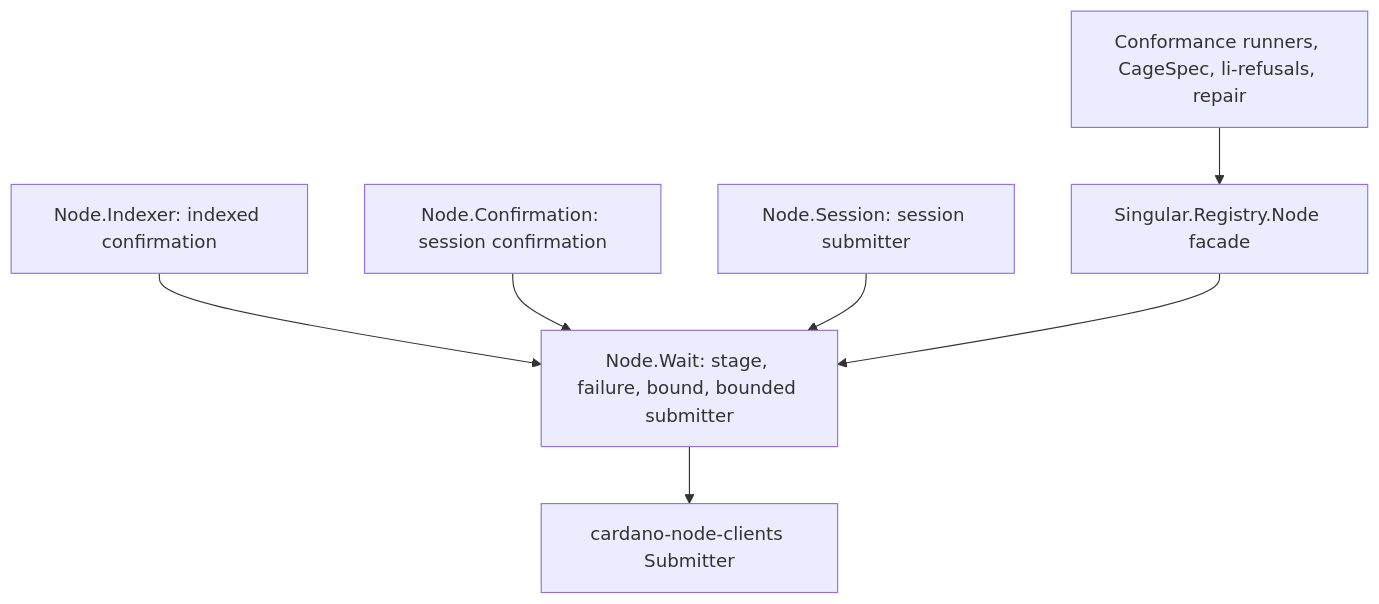
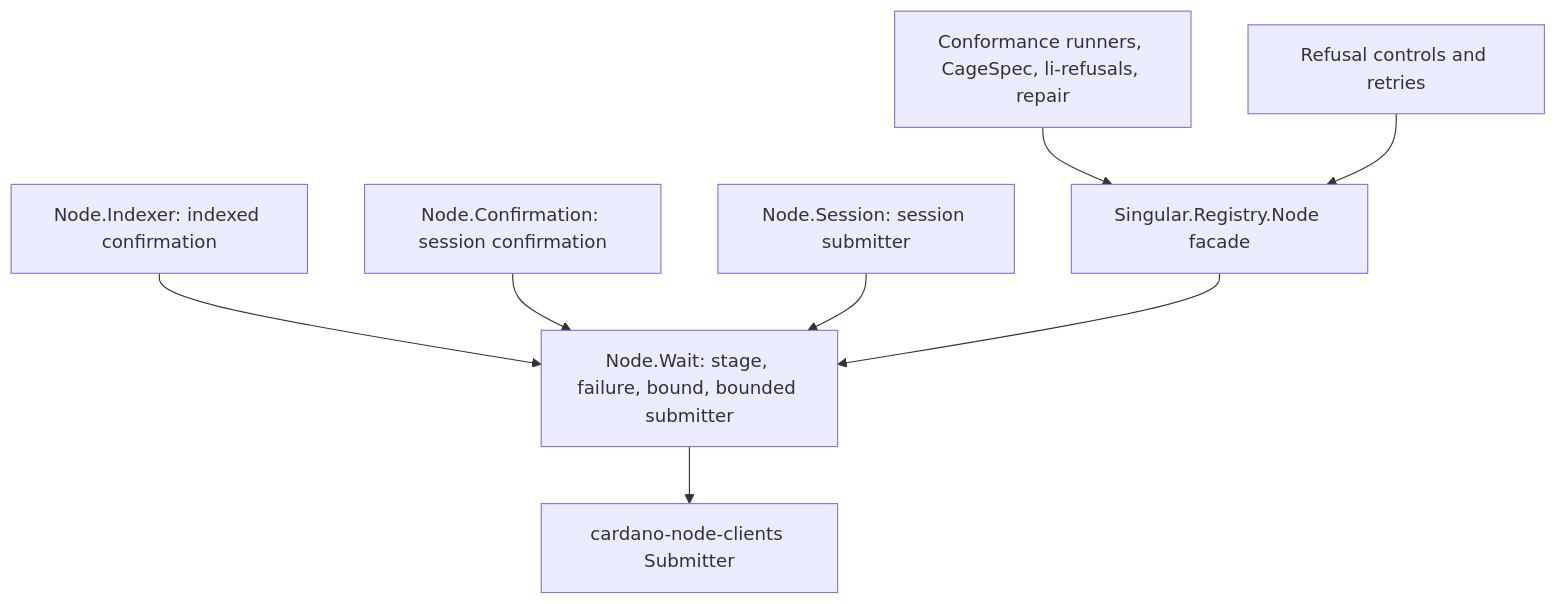
Before and after one commit to lambdasistemi/singular: the diagram in specs/281-bounded-confirmation/modules-model.md, drawn with Mermaid. The commit also changed other lines of this file and 9 other files, not shown here.

Commit message:
plan: keep wait failures out of refusal classifiers #281

````diff
--- a/specs/281-bounded-confirmation/modules-model.md
+++ b/specs/281-bounded-confirmation/modules-model.md
@@ -7,9 +7,10 @@
 ```mermaid
 flowchart TD
     Wait[Node.Wait: stage, failure, bound, bounded submitter] --> Clients[cardano-node-clients Submitter]
     Indexer[Node.Indexer: indexed confirmation] --> Wait
     Confirmation[Node.Confirmation: session confirmation] --> Wait
     Session[Node.Session: session submitter] --> Wait
     Facade[Singular.Registry.Node facade] --> Wait
     Runners[Conformance runners, CageSpec, li-refusals, repair] --> Facade
+    Classifiers[Refusal controls and retries] --> Facade
 ```
````
